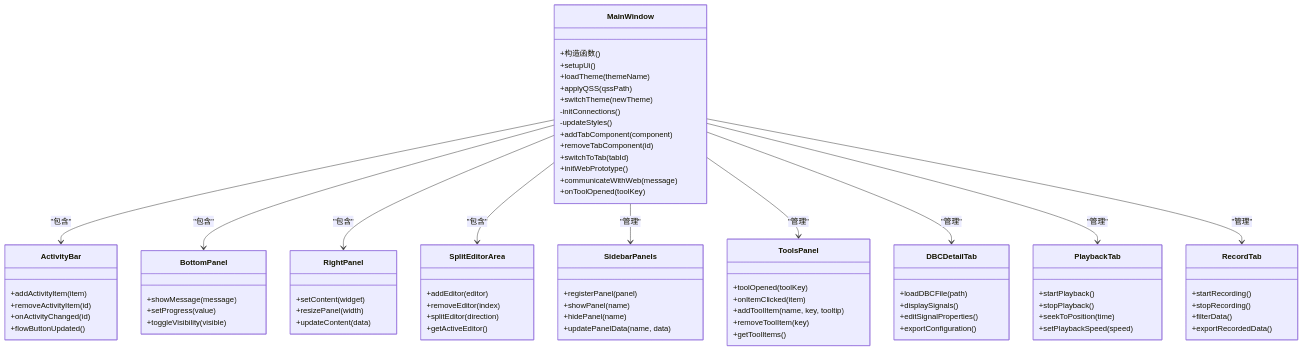
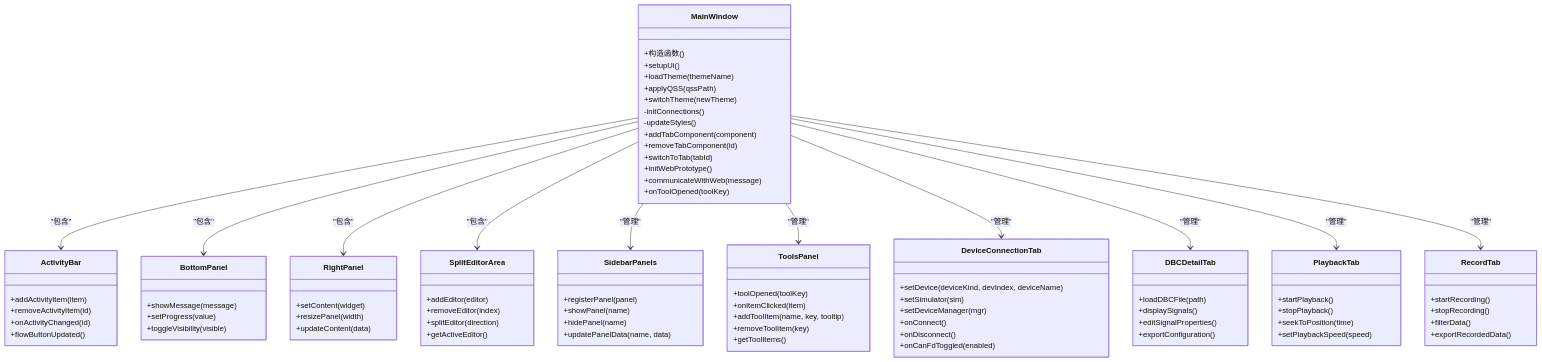
The fourth of 22 diagrams in .qoder/repowiki/zh/content/架构设计/UI系统设计/UI系统设计.md (jakecai1225-design/OpenBus), drawn with Mermaid before and after one commit. The commit also changed other lines of this file and 40 other files, not shown here.

```diff
--- a/.qoder/repowiki/zh/content/架构设计/UI系统设计/UI系统设计.md
+++ b/.qoder/repowiki/zh/content/架构设计/UI系统设计/UI系统设计.md
@@ -329,6 +358,14 @@
 +removeToolItem(key)
 +getToolItems()
 }
+class DeviceConnectionTab {
++setDevice(deviceKind, devIndex, deviceName)
++setSimulator(sim)
++setDeviceManager(mgr)
++onConnect()
++onDisconnect()
++onCanFdToggled(enabled)
+}
 class DBCDetailTab {
 +loadDBCFile(path)
 +displaySignals()
@@ -353,6 +390,7 @@
 MainWindow --> SplitEditorArea : "包含"
 MainWindow --> SidebarPanels : "管理"
 MainWindow --> ToolsPanel : "管理"
+MainWindow --> DeviceConnectionTab : "管理"
 MainWindow --> DBCDetailTab : "管理"
 MainWindow --> PlaybackTab : "管理"
 MainWindow --> RecordTab : "管理"
```
